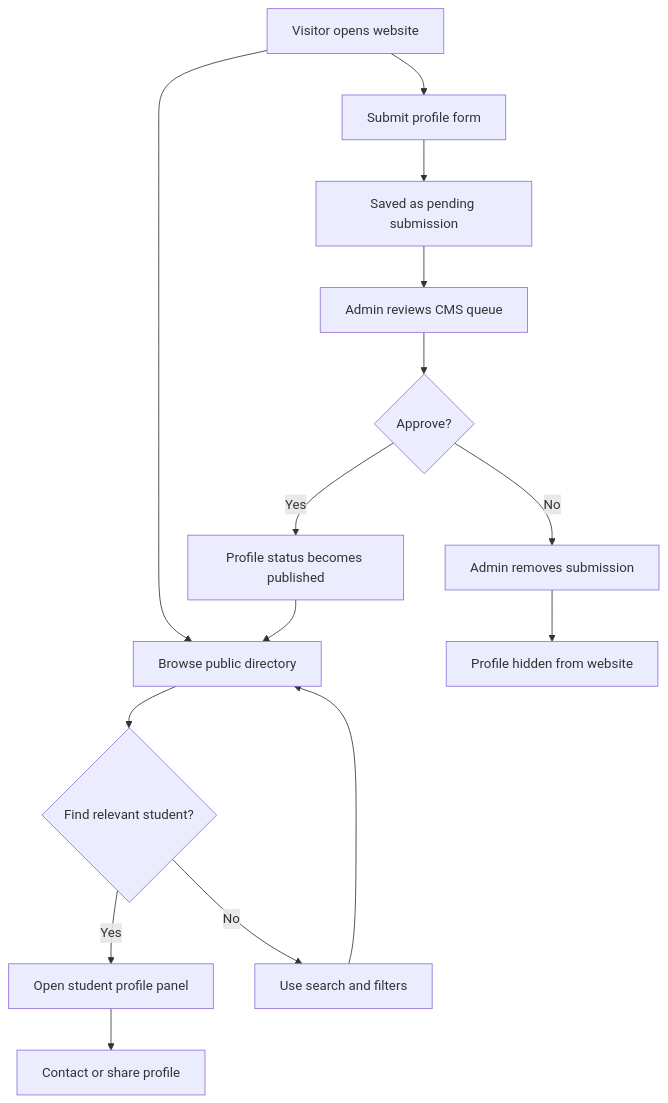
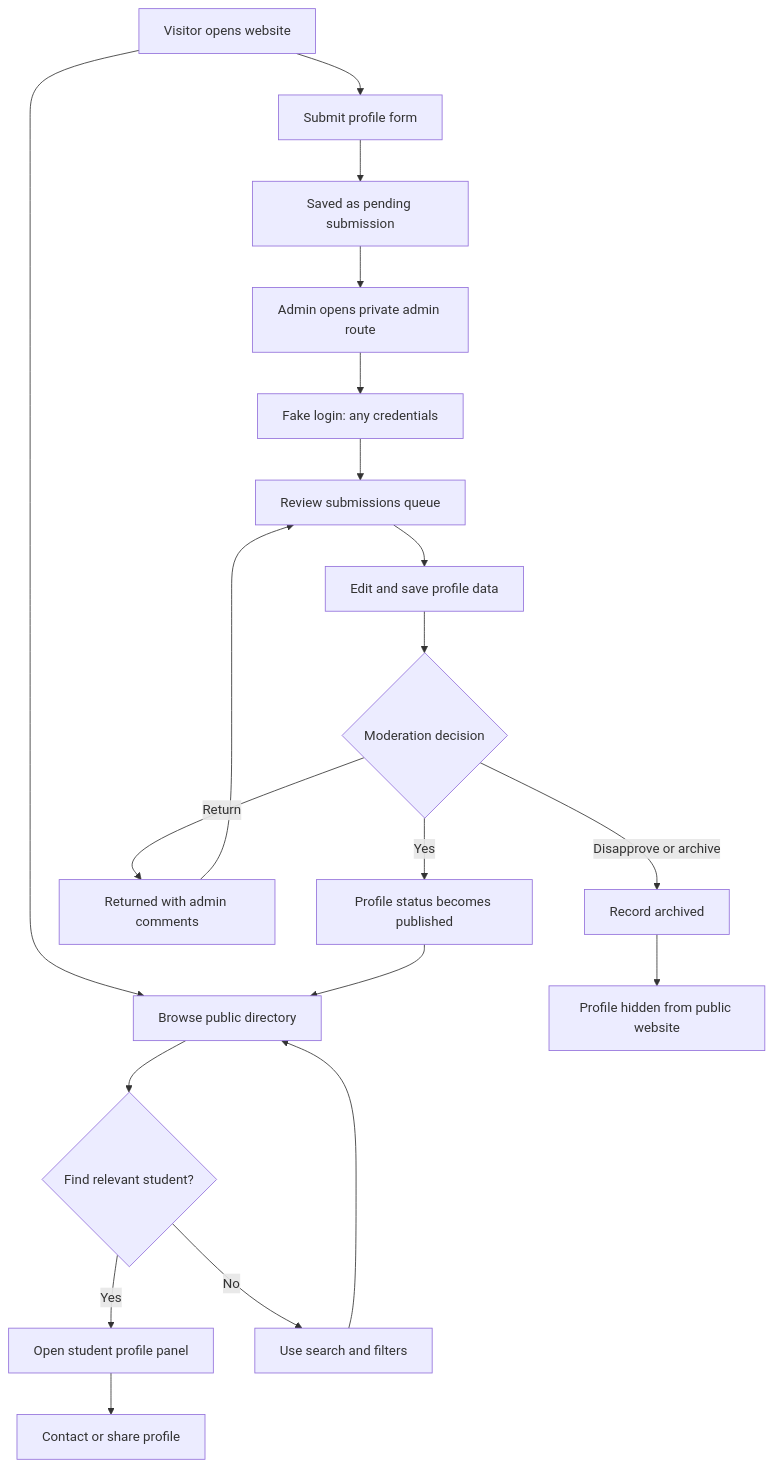
One commit to anneryeo/.OJT changed the first of 2 diagrams in .local/docs/README.md. Above: the diagram before and after it, drawn with Mermaid. The commit also changed other lines of this file and 6 other files, not shown here.

First line of the commit message:
feat(admin): expand moderation workflows and documentation traceability

````diff
--- a/.local/docs/README.md
+++ b/.local/docs/README.md
@@ -22,17 +23,22 @@
 ```mermaid
 flowchart TD
   A[Visitor opens website] --> B[Browse public directory]
   B --> C{Find relevant student?}
   C -->|Yes| D[Open student profile panel]
   D --> E[Contact or share profile]
   C -->|No| F[Use search and filters]
   F --> B
   A --> G[Submit profile form]
   G --> H[Saved as pending submission]
-  H --> I[Admin reviews CMS queue]
-  I --> J{Approve?}
+  H --> I[Admin opens private admin route]
+  I --> N[Fake login: any credentials]
+  N --> O[Review submissions queue]
+  O --> P[Edit and save profile data]
+  P --> J{Moderation decision}
   J -->|Yes| K[Profile status becomes published]
   K --> B
-  J -->|No| L[Admin removes submission]
-  L --> M[Profile hidden from website]
+  J -->|Return| Q[Returned with admin comments]
+  Q --> O
+  J -->|Disapprove or archive| L[Record archived]
+  L --> M[Profile hidden from public website]
 ```
````
